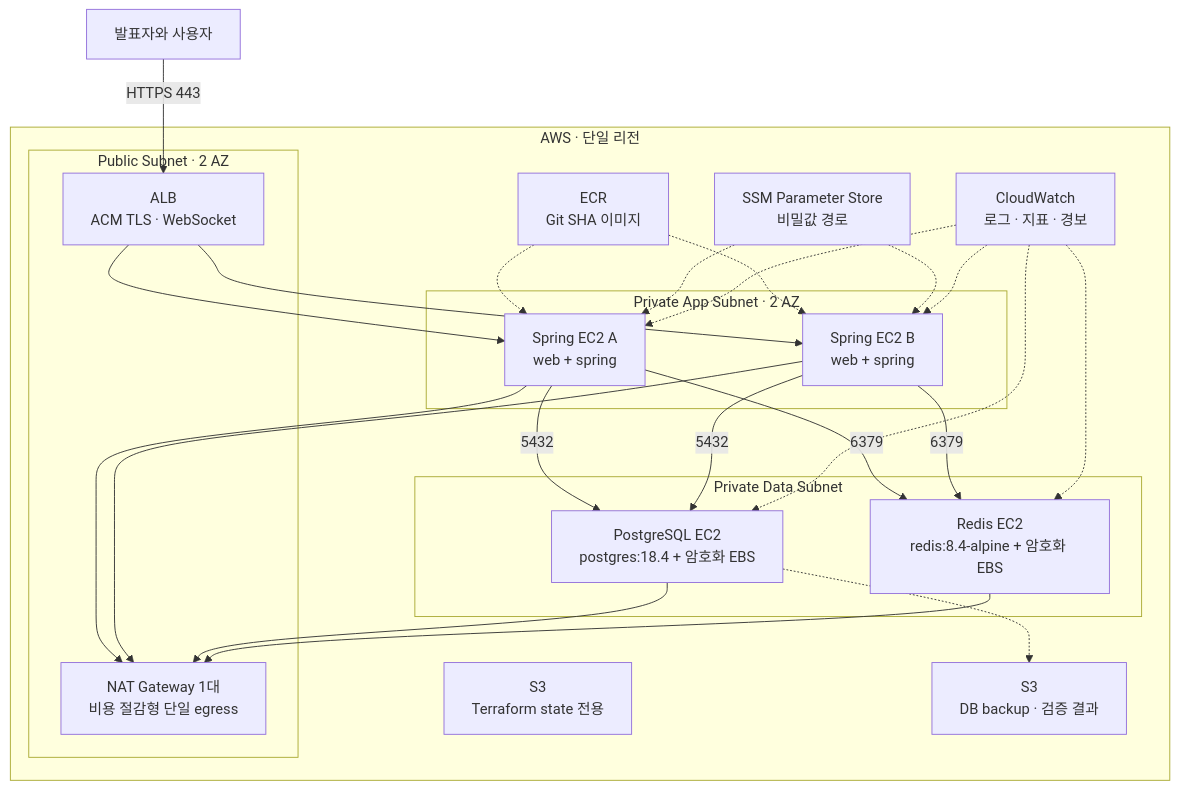
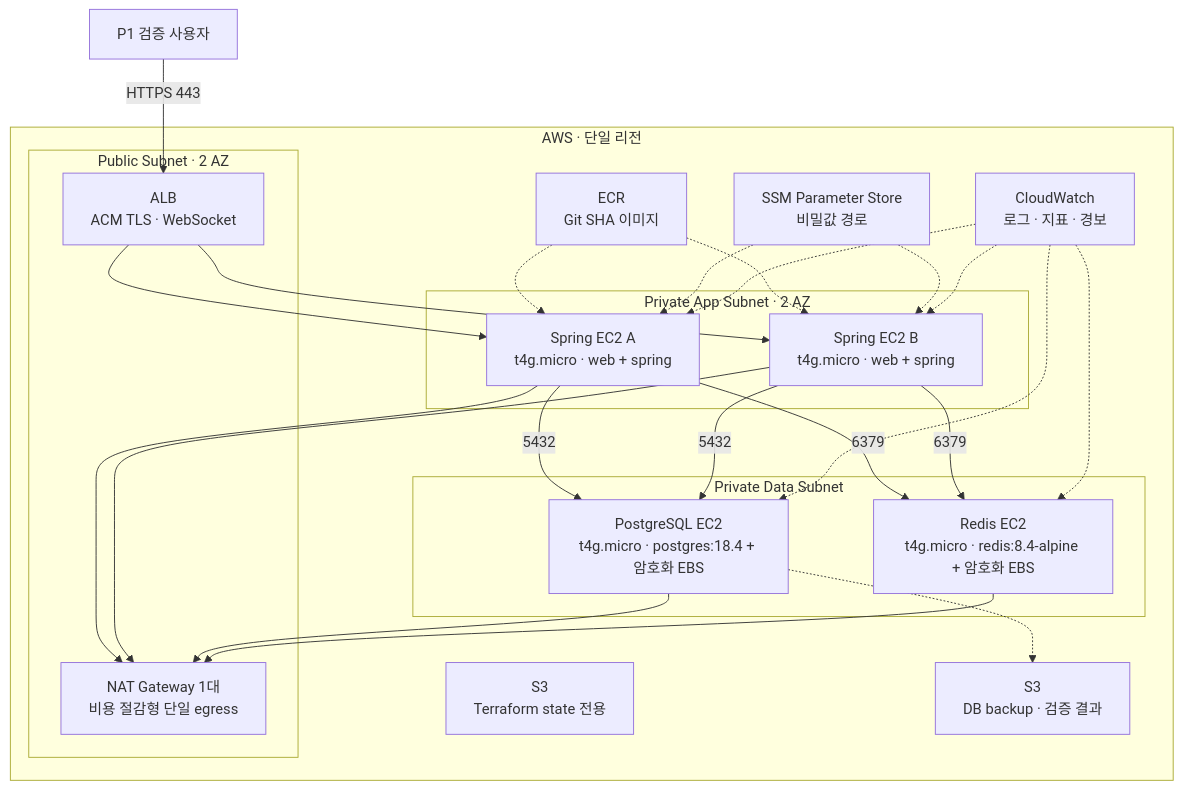
The first of 2 diagrams in docs/guides/AWS_MULTI_INSTANCE_INFRASTRUCTURE.md (bamsongi-club/albam-mate), drawn with Mermaid before and after one commit. The commit also changed other lines of this file and 3 other files, not shown here.

````diff
--- a/docs/guides/AWS_MULTI_INSTANCE_INFRASTRUCTURE.md
+++ b/docs/guides/AWS_MULTI_INSTANCE_INFRASTRUCTURE.md
@@ -47,47 +48,47 @@
 ```mermaid
 flowchart TB
-    USER["발표자와 사용자"] -->|"HTTPS 443"| ALB["ALB<br/>ACM TLS · WebSocket"]
+    USER["P1 검증 사용자"] -->|"HTTPS 443"| ALB["ALB<br/>ACM TLS · WebSocket"]
 
     subgraph AWS["AWS · 단일 리전"]
         subgraph PUBLIC["Public Subnet · 2 AZ"]
             ALB
             NAT["NAT Gateway 1대<br/>비용 절감형 단일 egress"]
         end
 
         subgraph APP["Private App Subnet · 2 AZ"]
-            APP1["Spring EC2 A<br/>web + spring"]
-            APP2["Spring EC2 B<br/>web + spring"]
+            APP1["Spring EC2 A<br/>t4g.micro · web + spring"]
+            APP2["Spring EC2 B<br/>t4g.micro · web + spring"]
         end
 
         subgraph DATA["Private Data Subnet"]
-            DB["PostgreSQL EC2<br/>postgres:18.4 + 암호화 EBS"]
-            REDIS["Redis EC2<br/>redis:8.4-alpine + 암호화 EBS"]
+            DB["PostgreSQL EC2<br/>t4g.micro · postgres:18.4 + 암호화 EBS"]
+            REDIS["Redis EC2<br/>t4g.micro · redis:8.4-alpine + 암호화 EBS"]
         end
 
         STATE["S3<br/>Terraform state 전용"]
         BACKUP["S3<br/>DB backup · 검증 결과"]
         ECR["ECR<br/>Git SHA 이미지"]
         SSM["SSM Parameter Store<br/>비밀값 경로"]
         CW["CloudWatch<br/>로그 · 지표 · 경보"]
     end
 
     ALB --> APP1
     ALB --> APP2
     APP1 -->|"5432"| DB
     APP2 -->|"5432"| DB
     APP1 -->|"6379"| REDIS
     APP2 -->|"6379"| REDIS
     APP1 --> NAT
     APP2 --> NAT
     DB --> NAT
     REDIS --> NAT
     ECR -.-> APP1
     ECR -.-> APP2
     SSM -.-> APP1
     SSM -.-> APP2
     DB -.-> BACKUP
     CW -.-> APP1
     CW -.-> APP2
     CW -.-> DB
     CW -.-> REDIS
 ```
````
